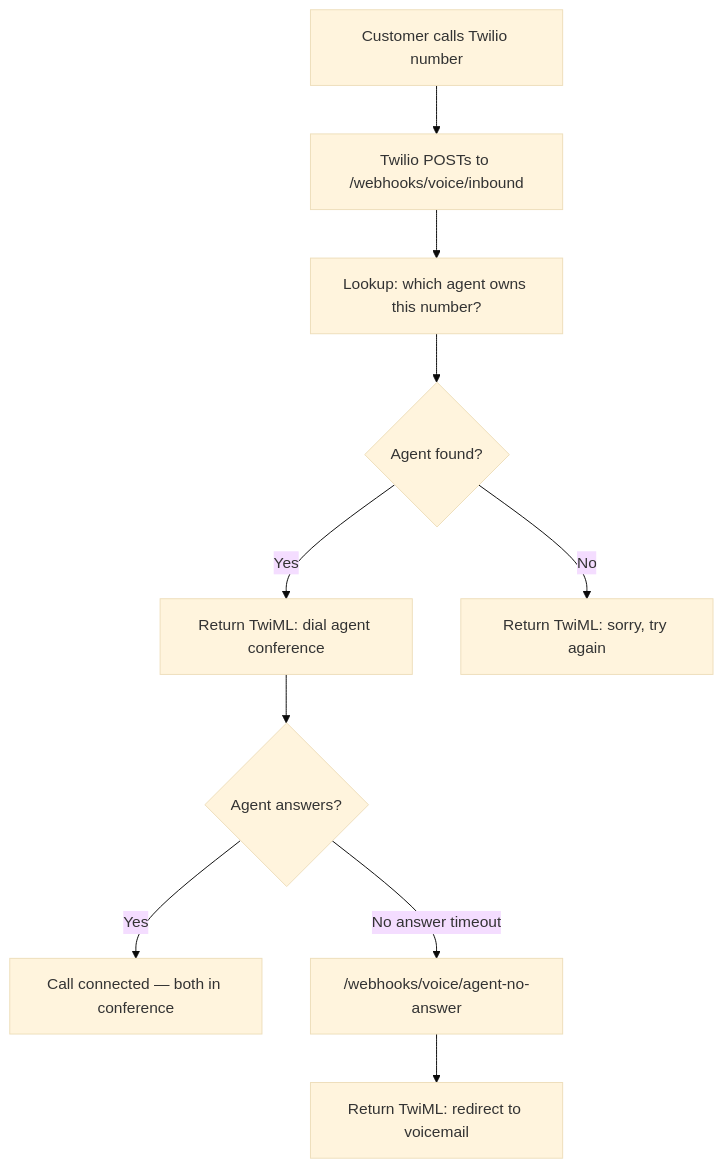
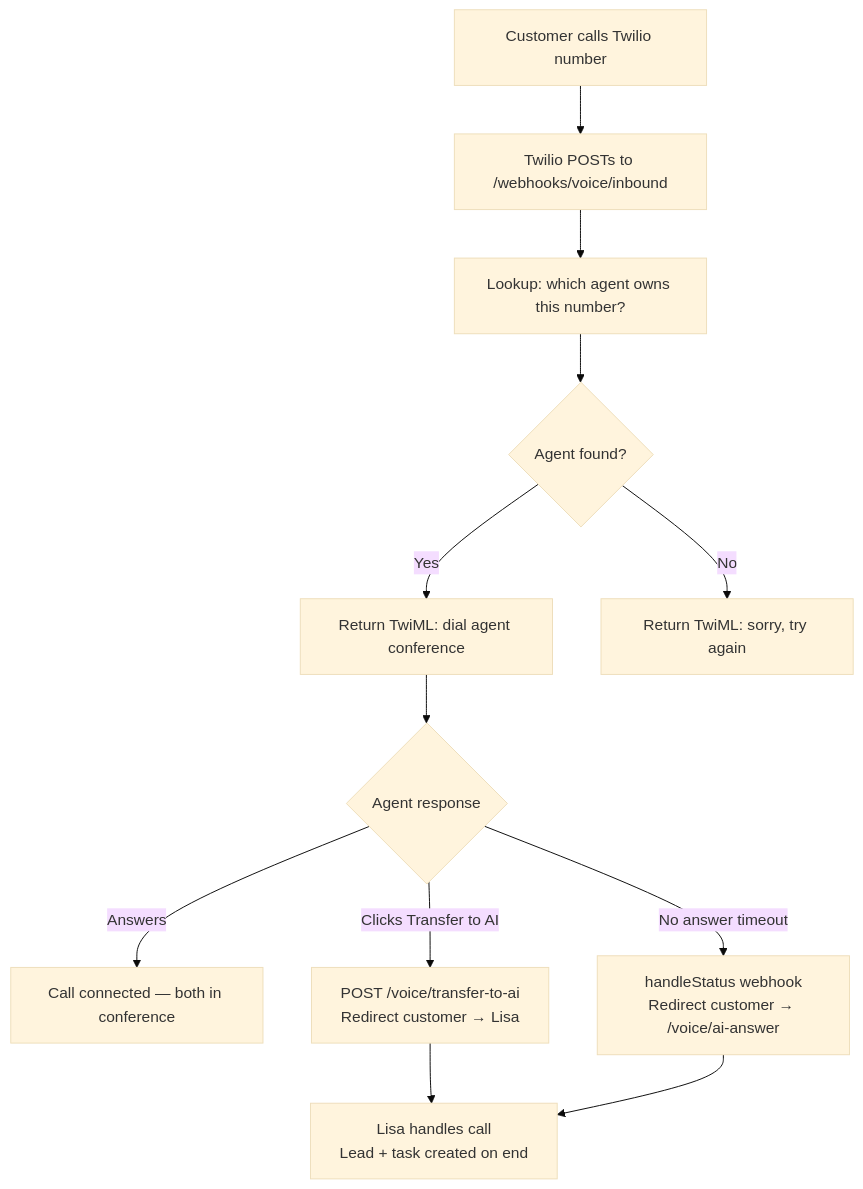
One commit to ramitgupta195/obsidian-vault changed the third of 3 diagrams in Calling Application/Twilio Integration.md. Above: the diagram before and after it, drawn with Mermaid (base theme). The commit also changed other lines of this file and 4 other files, not shown here.

Commit message:
Update docs: Lisa AI agent, Transfer to AI, supervisor listen fixes

````diff
--- a/Calling Application/Twilio Integration.md
+++ b/Calling Application/Twilio Integration.md
@@ -147,12 +147,14 @@
 ```mermaid
 flowchart TD
     A["Customer calls Twilio number"] --> B["Twilio POSTs to /webhooks/voice/inbound"]
     B --> C["Lookup: which agent owns this number?"]
     C --> D{Agent found?}
     D -->|"Yes"| E["Return TwiML: dial agent conference"]
     D -->|"No"| F["Return TwiML: sorry, try again"]
-    E --> G{Agent answers?}
-    G -->|"Yes"| H["Call connected — both in conference"]
-    G -->|"No answer timeout"| I["/webhooks/voice/agent-no-answer"]
-    I --> J["Return TwiML: redirect to voicemail"]
+    E --> G{Agent response}
+    G -->|"Answers"| H["Call connected — both in conference"]
+    G -->|"Clicks Transfer to AI"| I["POST /voice/transfer-to-ai\nRedirect customer → Lisa"]
+    G -->|"No answer timeout"| J["handleStatus webhook\nRedirect customer → /voice/ai-answer"]
+    I --> K["Lisa handles call\nLead + task created on end"]
+    J --> K
 ```
````
